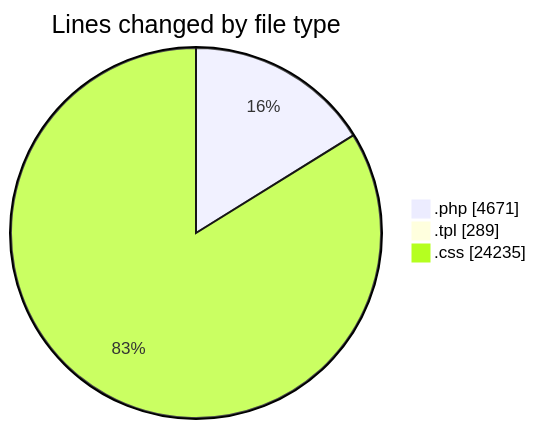
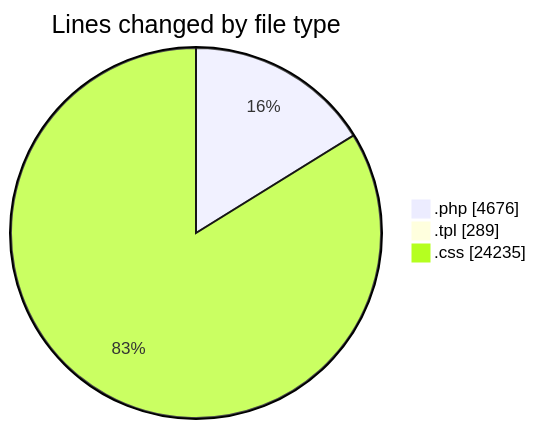
The first of 2 diagrams in 2025-04-18/zeytoon/README.md (vahidmafi/code-tracking), drawn with Mermaid before and after one commit. The commit also changed other lines of this file and 1 other file, not shown here.

````diff
--- a/2025-04-18/zeytoon/README.md
+++ b/2025-04-18/zeytoon/README.md
@@ -29,7 +29,7 @@
 ```mermaid
 pie showData
 title Lines changed by file type
-".php" : 4671
+".php" : 4676
 ".tpl" : 289
 ".css" : 24235
 ```
````
